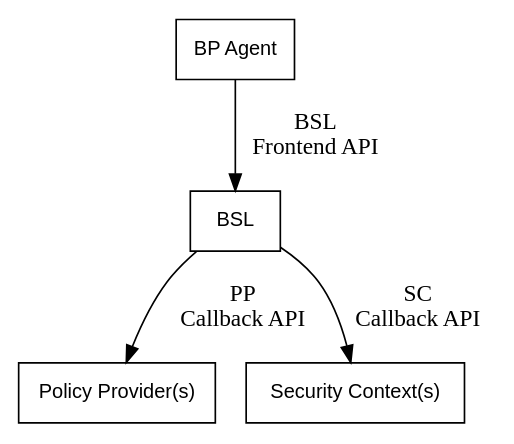
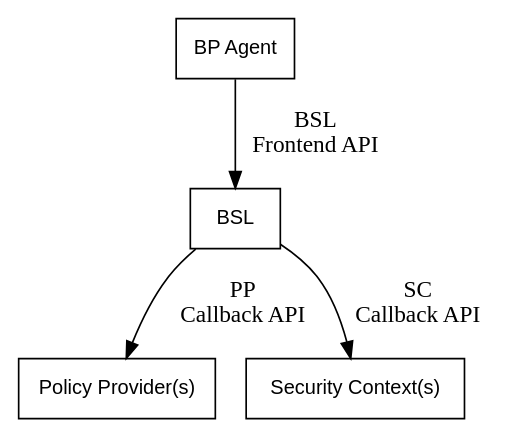
Before and after one commit to NASA-AMMOS/BSL-docs: the second of 3 diagrams in user-guide/manual.adoc, drawn with Graphviz. The commit also changed other lines of this file and 2 other files, not shown here.

```diff
--- a/user-guide/manual.adoc
+++ b/user-guide/manual.adoc
@@ -341,16 +379,16 @@
 [graphviz,format=svg,width=80mm]
 ----
 digraph figure {
     rankdir=TB;
-    node [shape=record, fontname=Helvetica, fontsize=12];
+    node [shape=box, fontname=Helvetica, fontsize=12];
 
     bpa [ label="BP Agent" ];
     bsl [ label="BSL" ];
     pp [ label="Policy Provider(s)" ];
     sc [ label="Security Context(s)" ];
 
     bpa -> bsl [ label="BSL\nFrontend API" ];
     bsl -> pp [ label="PP\nCallback API"; ]
     bsl -> sc [ label="SC\nCallback API"; ]
 }
 ----
```
